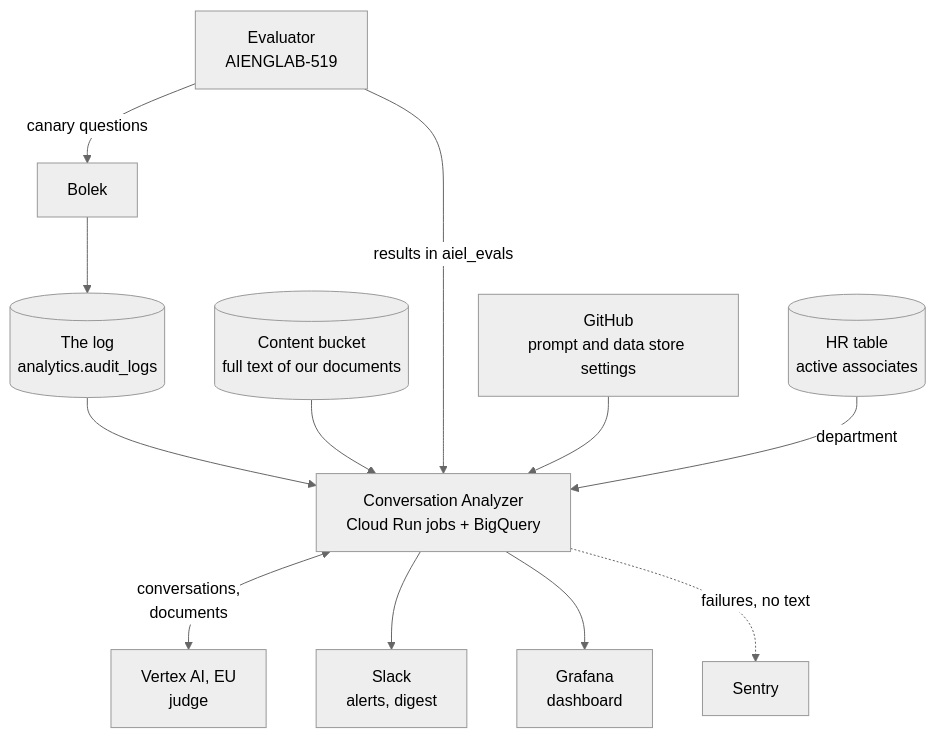
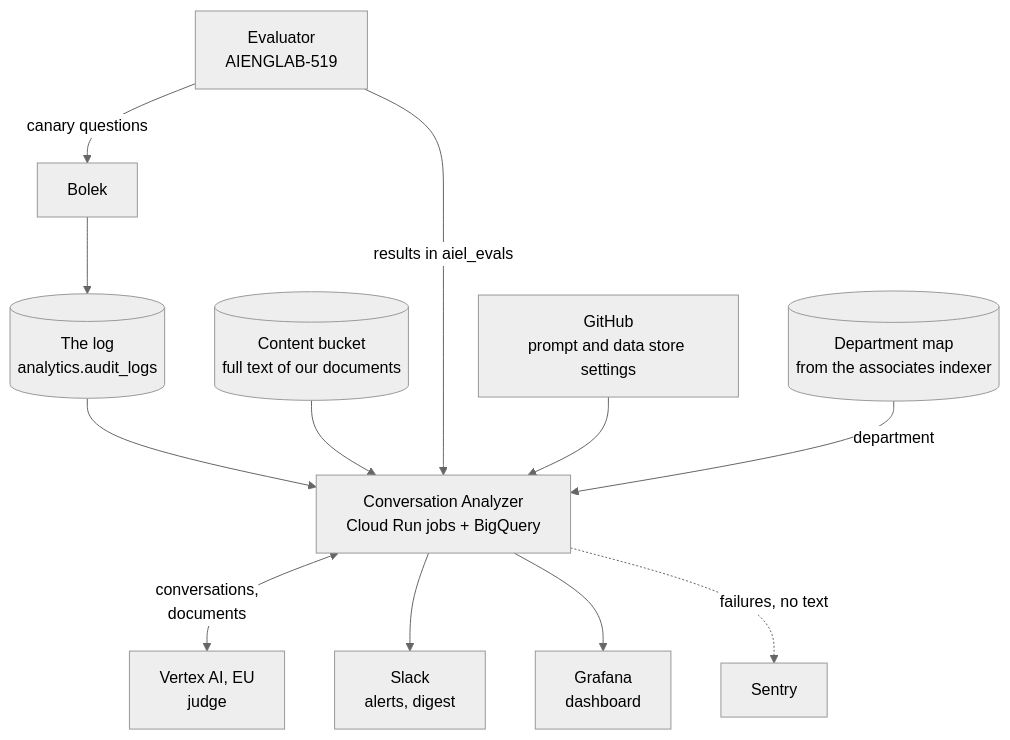
Before and after one commit to pborkowski-rtbh/conversation-analyzer: the tenth of 19 diagrams in design-doc.md, drawn with Mermaid (neutral theme). The commit also changed other lines of this file and 13 other files, not shown here.

First line of the commit message:
AIENGLAB-853: Read departments from the associates indexer's map

````diff
--- a/design-doc.md
+++ b/design-doc.md
@@ -1160,14 +1160,14 @@
 ```mermaid
 flowchart TB
     BOLEK["Bolek"] --> LOG[("The log<br/>analytics.audit_logs")]
     EVAL["Evaluator<br/>AIENGLAB-519"] -->|"canary questions"| BOLEK
     LOG --> SYS["Conversation Analyzer<br/>Cloud Run jobs + BigQuery"]
     BUCKET[("Content bucket<br/>full text of our documents")] --> SYS
     EVAL -->|"results in aiel_evals"| SYS
     GH["GitHub<br/>prompt and data store settings"] --> SYS
     SYS <-->|"conversations,<br/>documents"| VX["Vertex AI, EU<br/>judge"]
-    HR[("HR table<br/>active associates")] -->|"department"| SYS
+    HR[("Department map<br/>from the associates indexer")] -->|"department"| SYS
     SYS --> SLACK["Slack<br/>alerts, digest"]
     SYS --> GRAFANA["Grafana<br/>dashboard"]
     SYS -.->|"failures, no text"| SENTRY["Sentry"]
 ```
````
